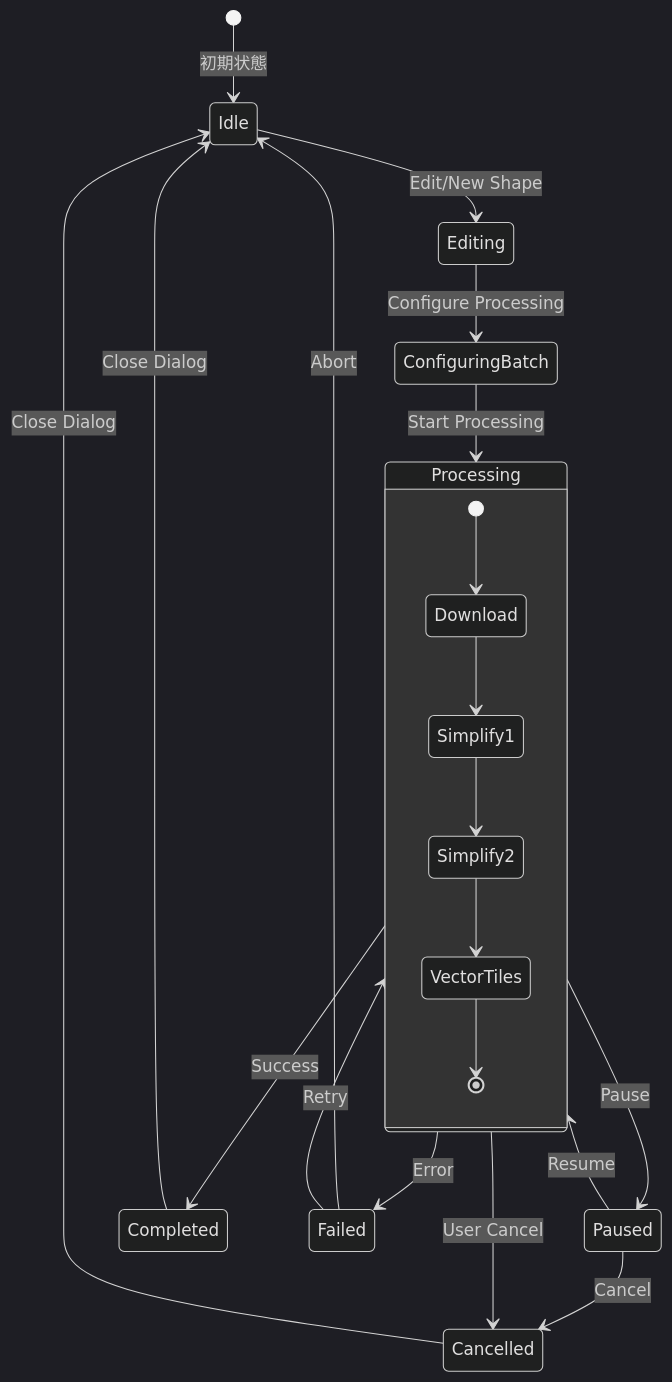
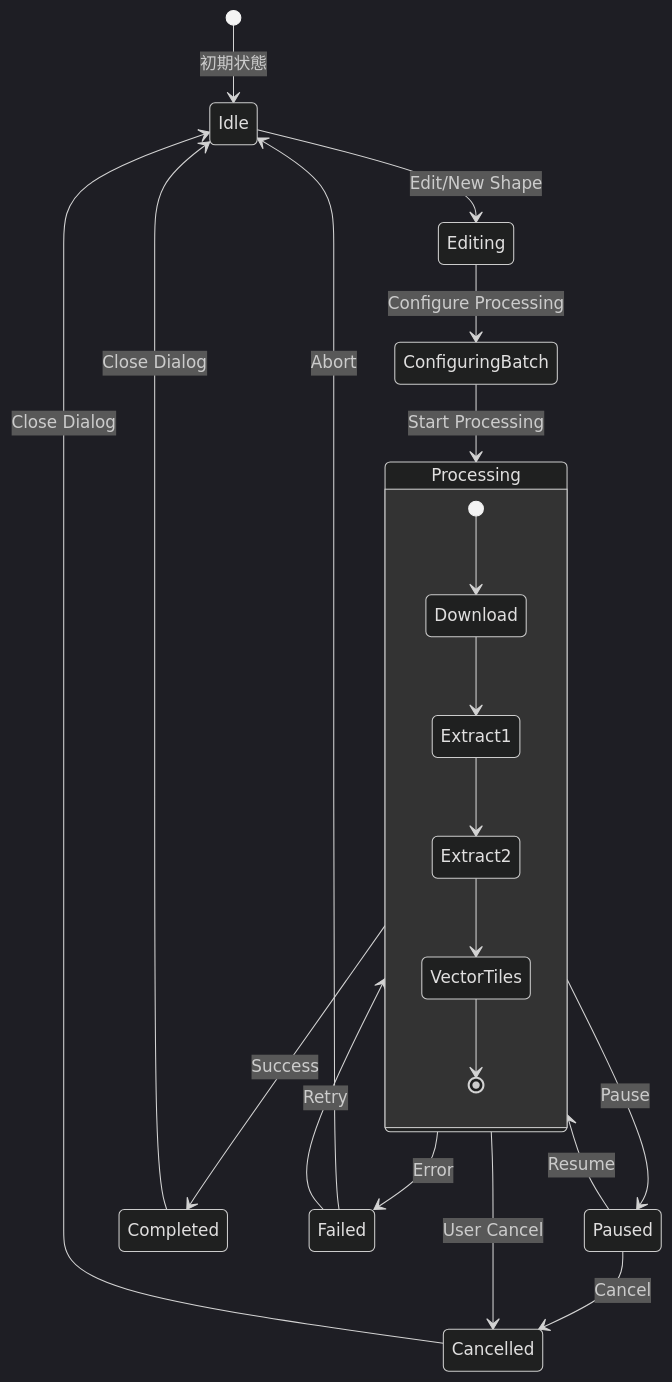
Before and after one commit to kubohiroya/hierarchidb: the diagram in plugins/shape-plugin/docs/DIALOG_FLOW_AND_STATE_TRANSITIONS.md, drawn with Mermaid (dark theme). The commit also changed 185 other files, not shown here.

````diff
--- a/plugins/shape-plugin/docs/DIALOG_FLOW_AND_STATE_TRANSITIONS.md
+++ b/plugins/shape-plugin/docs/DIALOG_FLOW_AND_STATE_TRANSITIONS.md
@@ -38,29 +38,29 @@
 ```mermaid
 stateDiagram-v2
     [*] --> Idle: 初期状態
     
     Idle --> Editing: Edit/New Shape
     Editing --> ConfiguringBatch: Configure Processing
     ConfiguringBatch --> Processing: Start Processing
     
     Processing --> Paused: Pause
     Paused --> Processing: Resume
     Processing --> Completed: Success
     Processing --> Failed: Error
     Processing --> Cancelled: User Cancel
     
     Paused --> Cancelled: Cancel
     Failed --> Processing: Retry
     Failed --> Idle: Abort
     
     Completed --> Idle: Close Dialog
     Cancelled --> Idle: Close Dialog
     
     state Processing {
         [*] --> Download
-        Download --> Simplify1
-        Simplify1 --> Simplify2
-        Simplify2 --> VectorTiles
+        Download --> Extract1
+        Extract1 --> Extract2
+        Extract2 --> VectorTiles
         VectorTiles --> [*]
     }
 ```
````
